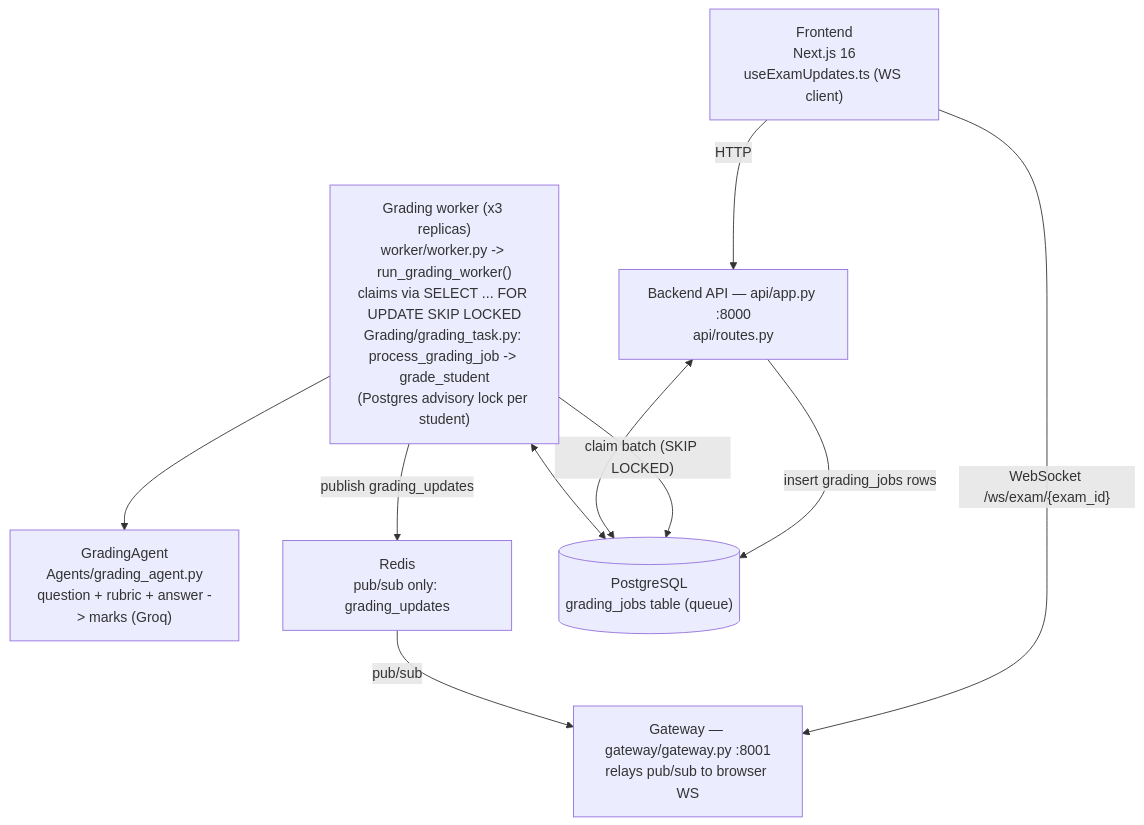
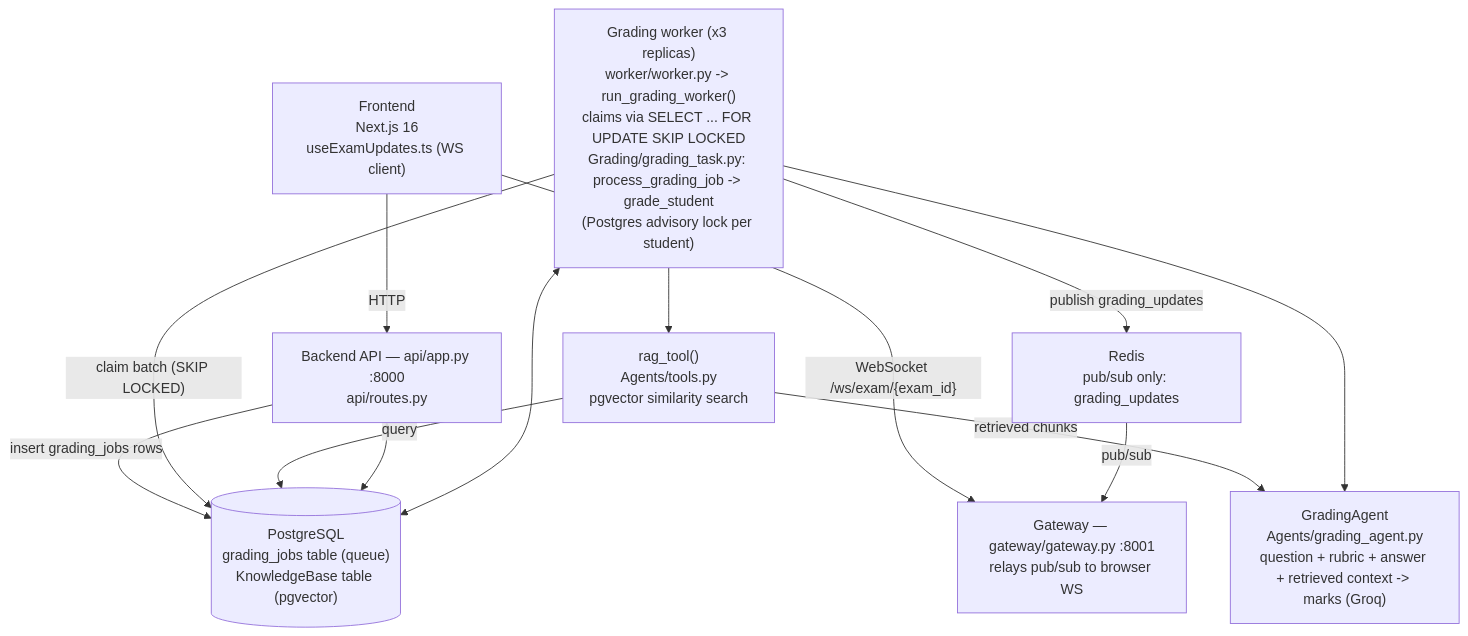
The first of 2 diagrams in ARCHITECTURE.md (Geoff-Robin/InkGrader), drawn with Mermaid before and after one commit.

````diff
--- a/ARCHITECTURE.md
+++ b/ARCHITECTURE.md
@@ -18,40 +18,48 @@
 ```mermaid
 flowchart TB
     FE["Frontend
 Next.js 16
 useExamUpdates.ts (WS client)"]
 
     Routes["Backend API — api/app.py :8000
 api/routes.py"]
 
     Worker["Grading worker (x3 replicas)
 worker/worker.py -> run_grading_worker()
 claims via SELECT ... FOR UPDATE SKIP LOCKED
 Grading/grading_task.py: process_grading_job -> grade_student
 (Postgres advisory lock per student)"]
 
+    RagTool["rag_tool()
+Agents/tools.py
+pgvector similarity search"]
+
     Agent["GradingAgent
 Agents/grading_agent.py
-question + rubric + answer -> marks (Groq)"]
+question + rubric + answer + retrieved context -> marks (Groq)"]
 
     GW["Gateway — gateway/gateway.py :8001
 relays pub/sub to browser WS"]
 
     Redis["Redis
 pub/sub only: grading_updates"]
 
     DB[("PostgreSQL
-grading_jobs table (queue)")]
+grading_jobs table (queue)
+KnowledgeBase table (pgvector)")]
 
     FE -- HTTP --> Routes
     FE -- "WebSocket /ws/exam/{exam_id}" --> GW
 
     Routes -- "insert grading_jobs rows" --> DB
     Worker -- "claim batch (SKIP LOCKED)" --> DB
+    Worker --> RagTool
+    RagTool -- retrieved chunks --> Agent
+    RagTool -- query --> DB
     Worker --> Agent
     Worker -- publish grading_updates --> Redis
     Redis -- pub/sub --> GW
 
     Routes <--> DB
     Worker <--> DB
 ```
````
